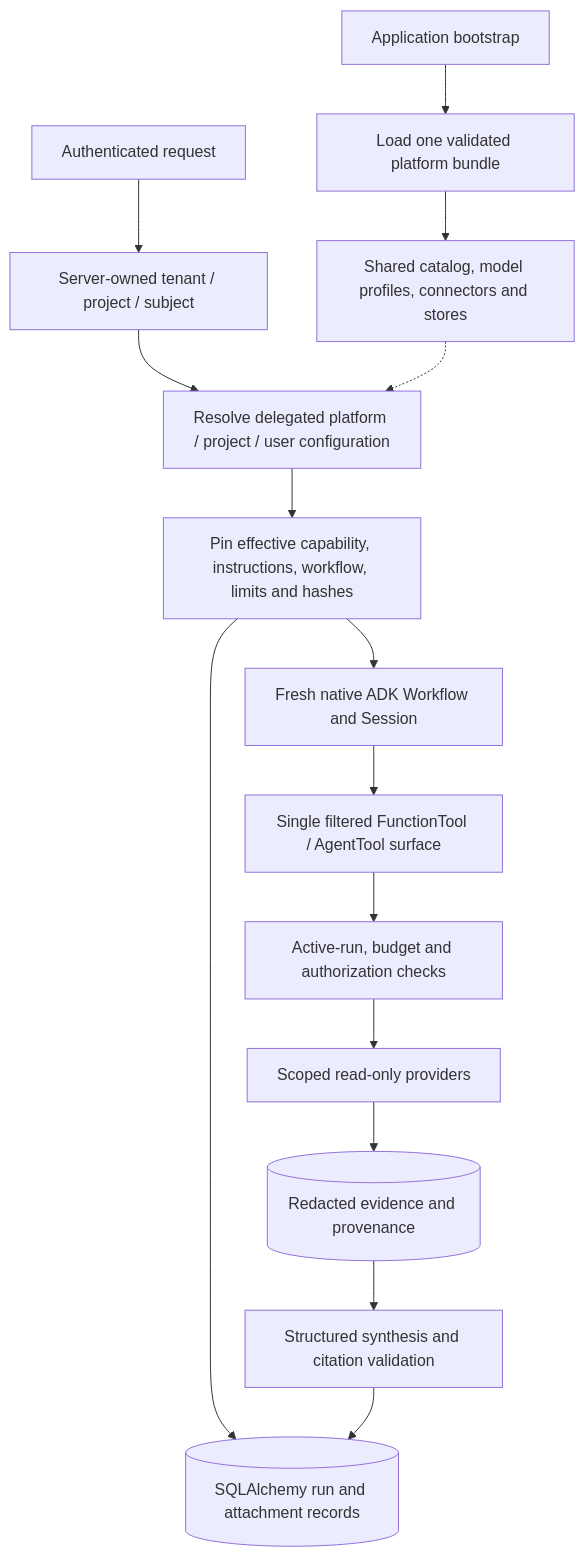
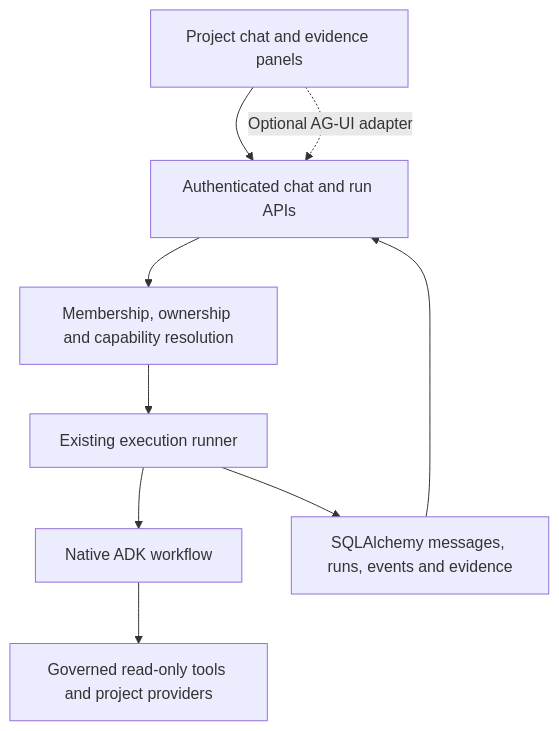
Before and after one commit to BharathKumarAI/RCA-Analyzer: the first of 5 diagrams in docs/architecture.md, drawn with Mermaid. The commit also changed other lines of this file and 377 other files, not shown here.

Commit message:
feat(metrics): add unified SRE and platform metrics dashboard with modern interactive graphs and routing

````diff
--- a/docs/architecture.md
+++ b/docs/architecture.md
@@ -31,17 +24,11 @@
 ```mermaid
 flowchart TD
-  BOOT[Application bootstrap] --> PLATFORM[Load one validated platform bundle]
-  PLATFORM --> SERVICES[Shared catalog, model profiles, connectors and stores]
-  REQUEST[Authenticated request] --> SCOPE[Server-owned tenant / project / subject]
-  SCOPE --> RESOLVE[Resolve delegated platform / project / user configuration]
-  SERVICES -.-> RESOLVE
-  RESOLVE --> PIN[Pin effective capability, instructions, workflow, limits and hashes]
-  PIN --> STORE[(SQLAlchemy run and attachment records)]
-  PIN --> ADK[Fresh native ADK Workflow and Session]
-  ADK --> TOOL[Single filtered FunctionTool / AgentTool surface]
-  TOOL --> GUARD[Active-run, budget and authorization checks]
-  GUARD --> PROVIDER[Scoped read-only providers]
-  PROVIDER --> EVIDENCE[(Redacted evidence and provenance)]
-  EVIDENCE --> FINAL[Structured synthesis and citation validation]
-  FINAL --> STORE
+    UI[Project chat and evidence panels] --> API[Authenticated chat and run APIs]
+    UI -. Optional AG-UI adapter .-> API
+    API --> SCOPE[Membership, ownership and capability resolution]
+    SCOPE --> RUN[Existing execution runner]
+    RUN --> ADK[Native ADK workflow]
+    ADK --> TOOLS[Governed read-only tools and project providers]
+    RUN --> DB[SQLAlchemy messages, runs, events and evidence]
+    DB --> API
 ```
````
